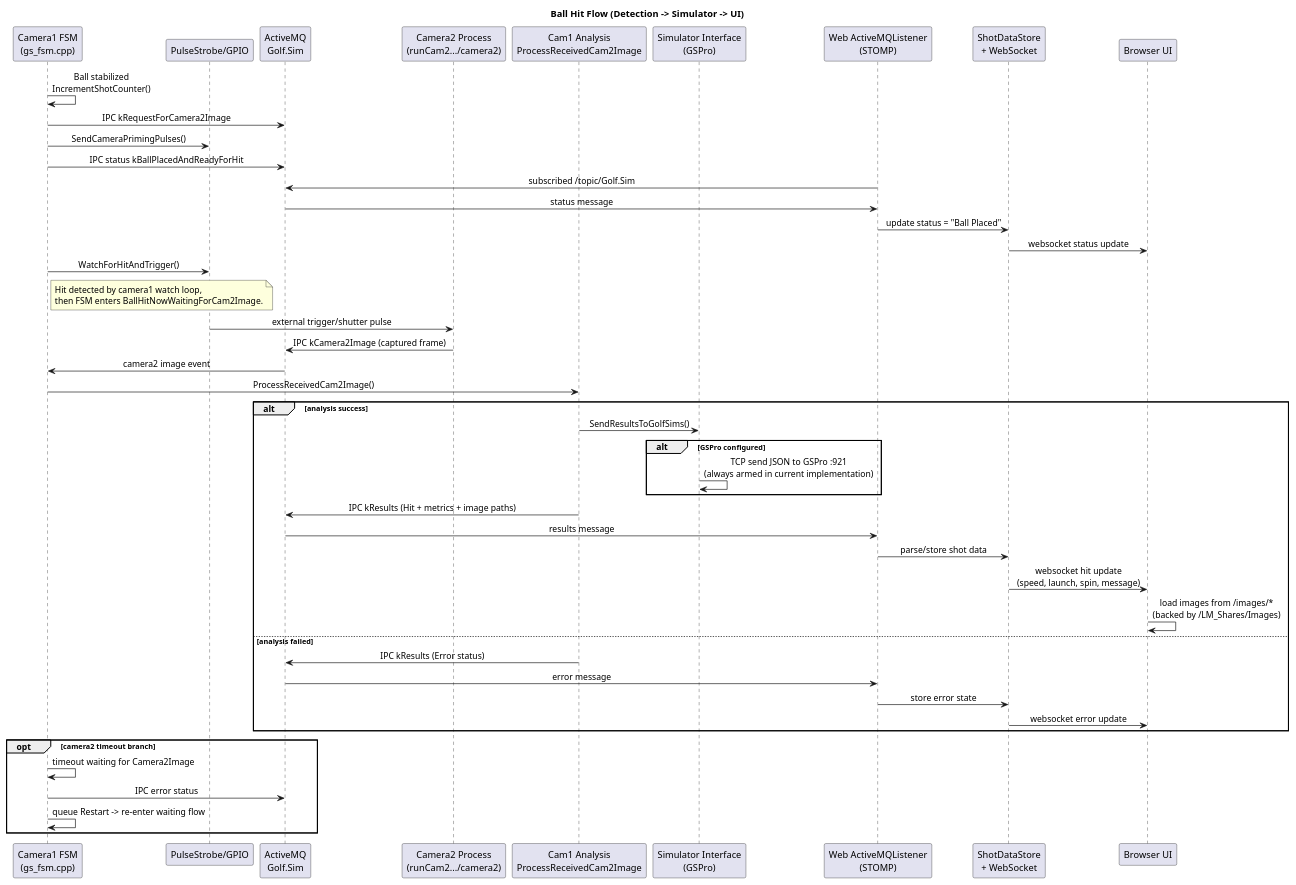
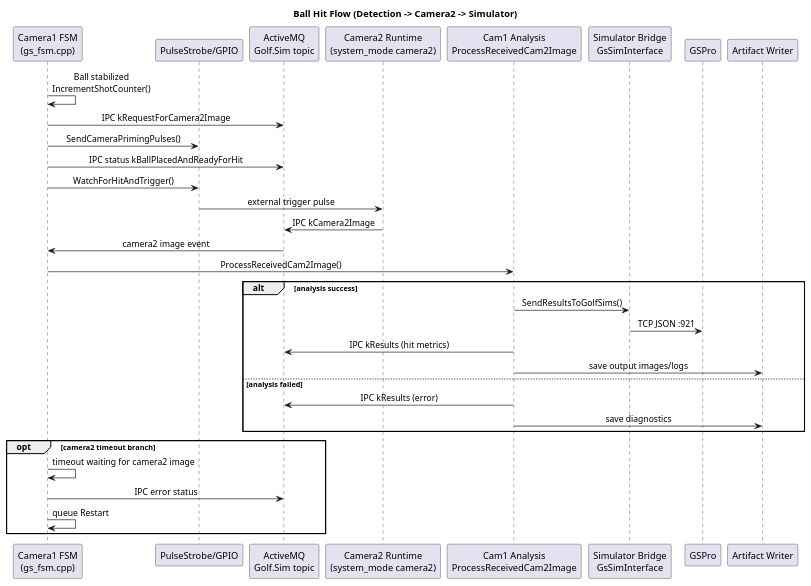
Before and after one commit to digitalhand/pitrac-light: the diagram in assets/diagram/golf-simulator-ball-hit-flow.puml, drawn with PlantUML. The commit also changed 70 other files, not shown here.

```diff
--- a/assets/diagram/golf-simulator-ball-hit-flow.puml
+++ b/assets/diagram/golf-simulator-ball-hit-flow.puml
@@ -1,63 +1,45 @@
 @startuml
-title Ball Hit Flow (Detection -> Simulator -> UI)
+title Ball Hit Flow (Detection -> Camera2 -> Simulator)
 
 skinparam shadowing false
 skinparam backgroundColor white
 skinparam sequenceMessageAlign center
 skinparam responseMessageBelowArrow true
 
 participant "Camera1 FSM\n(gs_fsm.cpp)" as FSM
 participant "PulseStrobe/GPIO" as STROBE
-participant "ActiveMQ\nGolf.Sim" as MQ
-participant "Camera2 Process\n(runCam2.../camera2)" as CAM2
+participant "ActiveMQ\nGolf.Sim topic" as MQ
+participant "Camera2 Runtime\n(system_mode camera2)" as CAM2
 participant "Cam1 Analysis\nProcessReceivedCam2Image" as ANALYSIS
-participant "Simulator Interface\n(GSPro)" as SIM
-participant "Web ActiveMQListener\n(STOMP)" as WEBL
-participant "ShotDataStore\n+ WebSocket" as WEB
-participant "Browser UI" as UI
+participant "Simulator Bridge\nGsSimInterface" as SIM
+participant "GSPro" as GSPRO
+participant "Artifact Writer" as FILES
 
 FSM -> FSM : Ball stabilized\nIncrementShotCounter()
 FSM -> MQ : IPC kRequestForCamera2Image
 FSM -> STROBE : SendCameraPrimingPulses()
 FSM -> MQ : IPC status kBallPlacedAndReadyForHit
-WEBL -> MQ : subscribed /topic/Golf.Sim
-MQ -> WEBL : status message
-WEBL -> WEB : update status = "Ball Placed"
-WEB -> UI : websocket status update
 
 FSM -> STROBE : WatchForHitAndTrigger()
-note right of FSM
-Hit detected by camera1 watch loop,
-then FSM enters BallHitNowWaitingForCam2Image.
-end note
-
-STROBE -> CAM2 : external trigger/shutter pulse
-CAM2 -> MQ : IPC kCamera2Image (captured frame)
+STROBE -> CAM2 : external trigger pulse
+CAM2 -> MQ : IPC kCamera2Image
 MQ -> FSM : camera2 image event
 FSM -> ANALYSIS : ProcessReceivedCam2Image()
 
 alt analysis success
   ANALYSIS -> SIM : SendResultsToGolfSims()
-  alt GSPro configured
-    SIM -> SIM : TCP send JSON to GSPro :921\n(always armed in current implementation)
-  end
-
-  ANALYSIS -> MQ : IPC kResults (Hit + metrics + image paths)
-  MQ -> WEBL : results message
-  WEBL -> WEB : parse/store shot data
-  WEB -> UI : websocket hit update\n(speed, launch, spin, message)
-  UI -> UI : load images from /images/*\n(backed by ~/LM_Shares/Images)
+  SIM -> GSPRO : TCP JSON :921
+  ANALYSIS -> MQ : IPC kResults (hit metrics)
+  ANALYSIS -> FILES : save output images/logs
 else analysis failed
-  ANALYSIS -> MQ : IPC kResults (Error status)
-  MQ -> WEBL : error message
-  WEBL -> WEB : store error state
-  WEB -> UI : websocket error update
+  ANALYSIS -> MQ : IPC kResults (error)
+  ANALYSIS -> FILES : save diagnostics
 end
 
 opt camera2 timeout branch
-  FSM -> FSM : timeout waiting for Camera2Image
+  FSM -> FSM : timeout waiting for camera2 image
   FSM -> MQ : IPC error status
-  FSM -> FSM : queue Restart -> re-enter waiting flow
+  FSM -> FSM : queue Restart
 end
 
 @enduml
```
